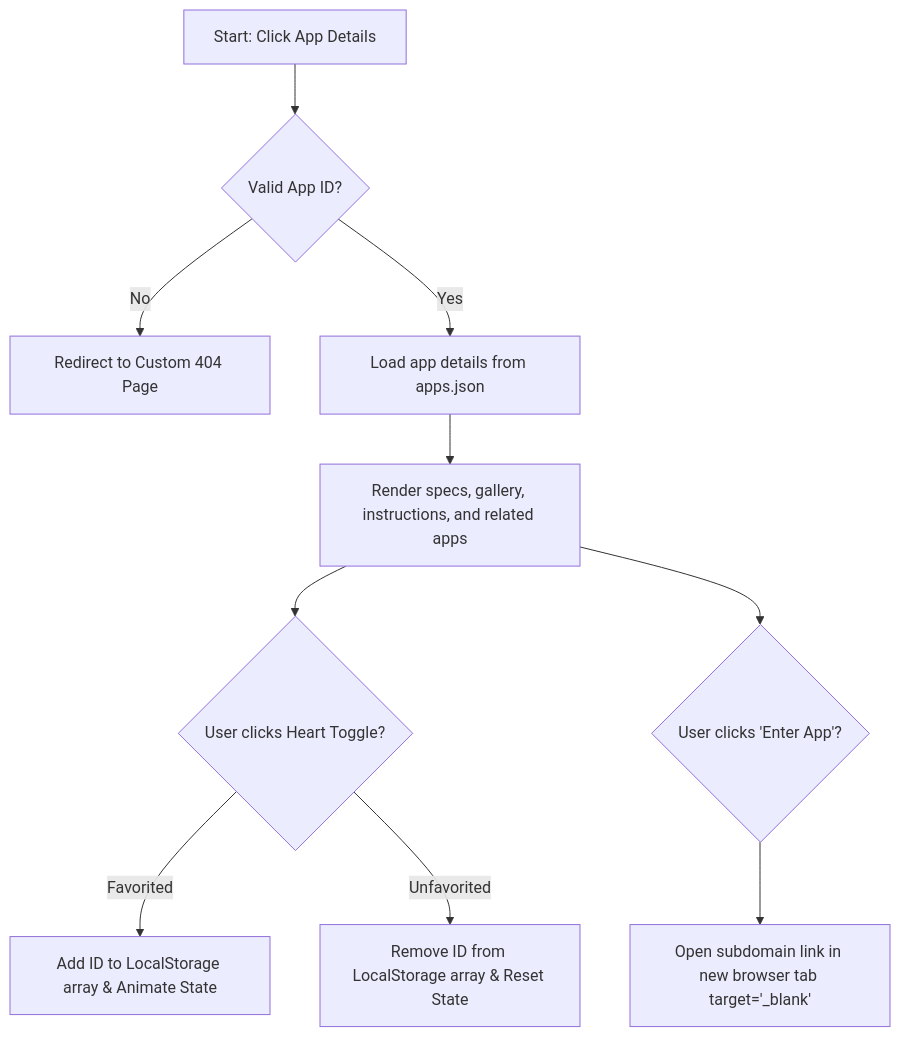
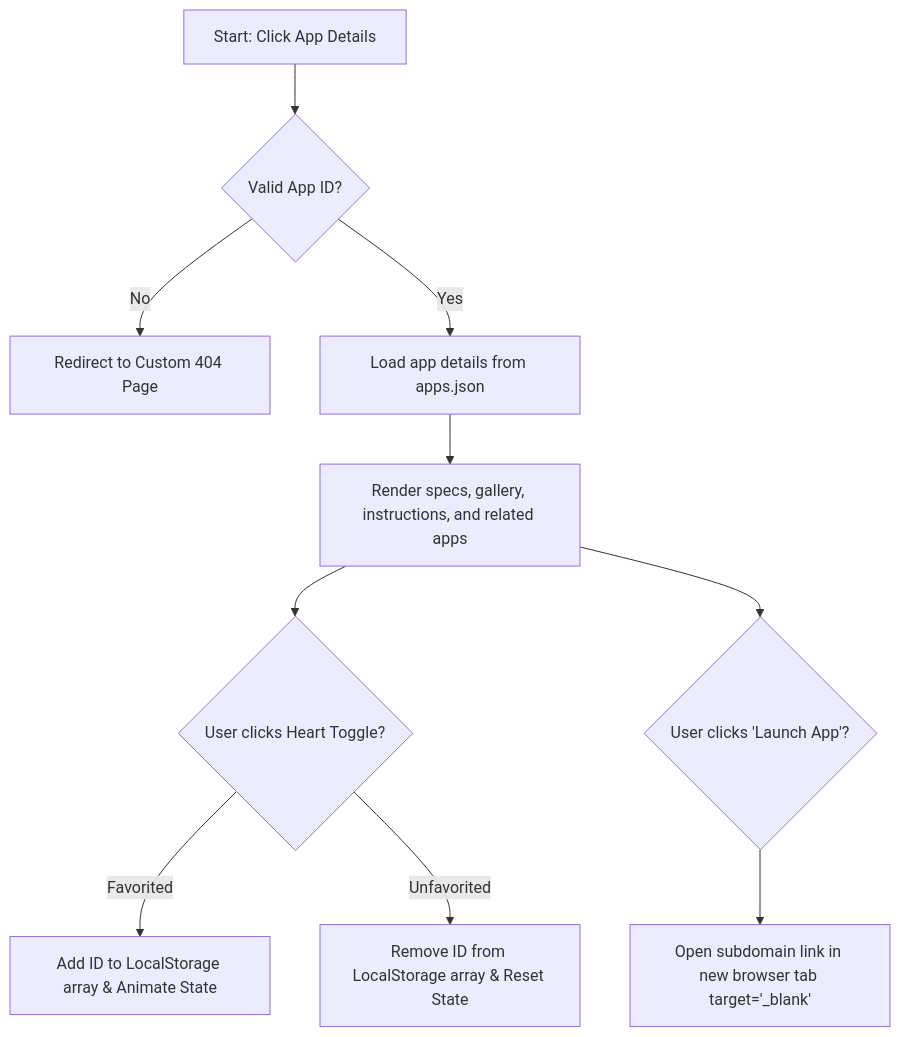
One commit to victorunique/maxithome changed the second of 3 diagrams in docs/User-Flows.md. Above: the diagram before and after it, drawn with Mermaid. The commit also changed other lines of this file and 12 other files, not shown here.

Commit message:
update launch app text.

````diff
--- a/docs/User-Flows.md
+++ b/docs/User-Flows.md
@@ -86,12 +86,12 @@
 ```mermaid
 graph TD
     A[Start: Click App Details] --> B{Valid App ID?}
     B -->|No| C[Redirect to Custom 404 Page]
     B -->|Yes| D[Load app details from apps.json]
     D --> E[Render specs, gallery, instructions, and related apps]
     E --> F{User clicks Heart Toggle?}
     F -->|Favorited| G[Add ID to LocalStorage array & Animate State]
     F -->|Unfavorited| H[Remove ID from LocalStorage array & Reset State]
-    E --> I{User clicks 'Enter App'?}
+    E --> I{User clicks 'Launch App'?}
     I --> J[Open subdomain link in new browser tab target='_blank']
 ```
````
